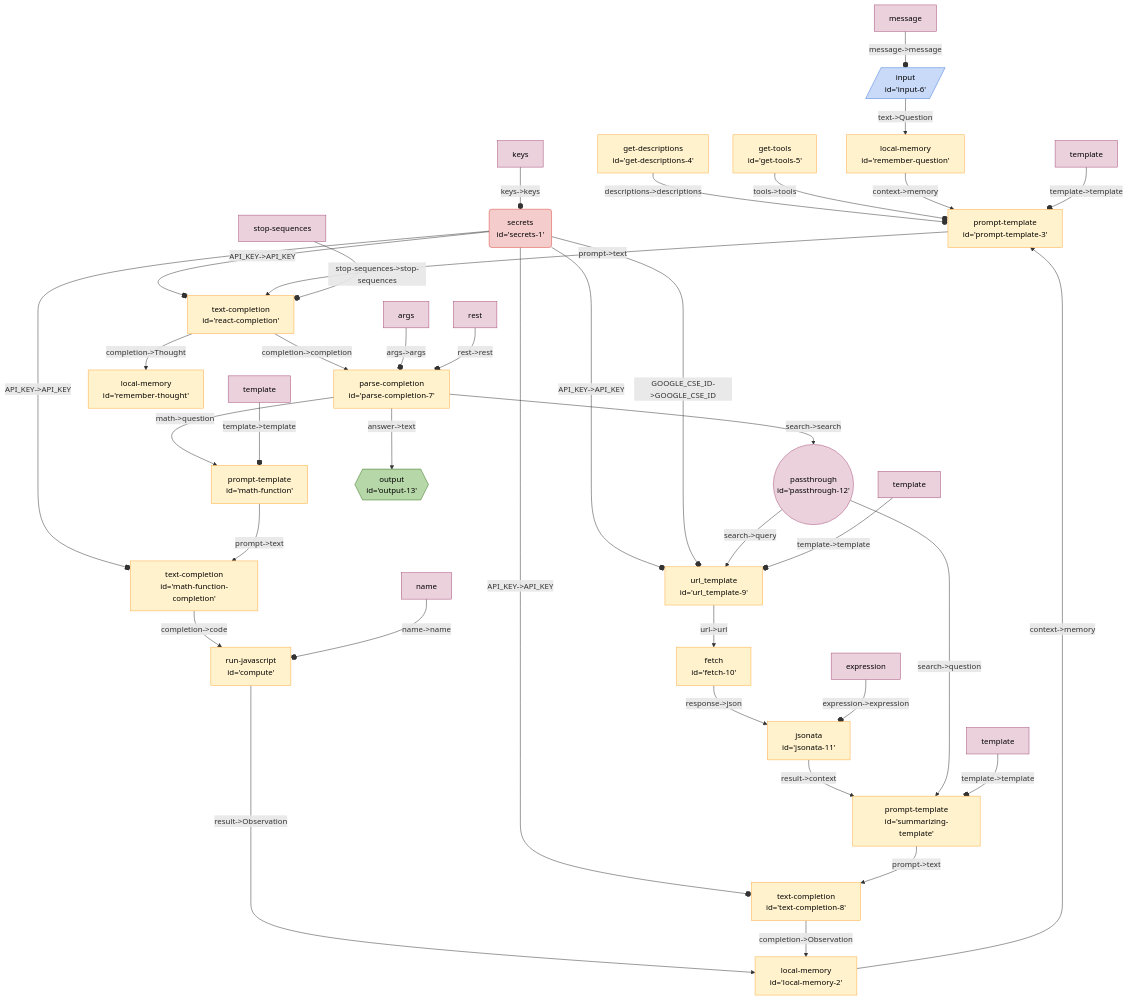
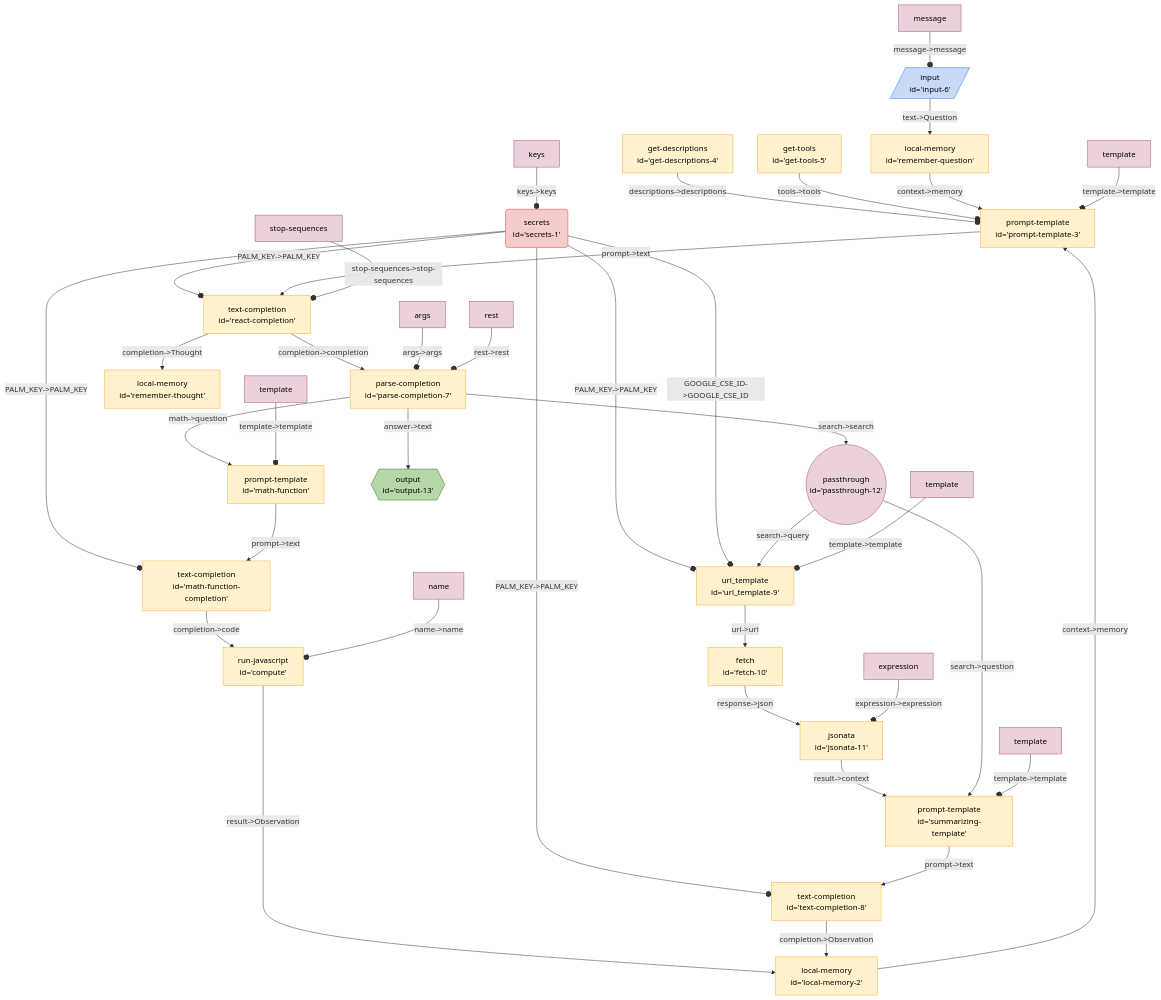
One commit to breadboard-ai/breadboard changed the diagram in seeds/graph-playground/docs/graphs/react.md. Above: the diagram before and after it, drawn with Mermaid. The commit also changed 72 other files, not shown here.

Commit message:
Rename API_KEY to PALM_KEY. Fixes #72.

```diff
--- a/seeds/graph-playground/docs/graphs/react.md
+++ b/seeds/graph-playground/docs/graphs/react.md
@@ -15,7 +15,7 @@
 id='local-memory-2'"] -- "context->memory" --> prompttemplate3["prompt-template
 id='prompt-template-3'"]
 secrets1("secrets
-id='secrets-1'"):::secrets -- "API_KEY->API_KEY" --o reactcompletion["text-completion
+id='secrets-1'"):::secrets -- "PALM_KEY->PALM_KEY" --o reactcompletion["text-completion
 id='react-completion'"]
 compute["run-javascript
 id='compute'"] -- "result->Observation" --> localmemory2["local-memory
@@ -24,7 +24,7 @@
 id='math-function-completion'"] -- "completion->code" --> compute["run-javascript
 id='compute'"]
 secrets1("secrets
-id='secrets-1'"):::secrets -- "API_KEY->API_KEY" --o mathfunctioncompletion["text-completion
+id='secrets-1'"):::secrets -- "PALM_KEY->PALM_KEY" --o mathfunctioncompletion["text-completion
 id='math-function-completion'"]
 mathfunction["prompt-template
 id='math-function'"] -- "prompt->text" --> mathfunctioncompletion["text-completion
@@ -33,13 +33,13 @@
 id='text-completion-8'"] -- "completion->Observation" --> localmemory2["local-memory
 id='local-memory-2'"]
 secrets1("secrets
-id='secrets-1'"):::secrets -- "API_KEY->API_KEY" --o textcompletion8["text-completion
+id='secrets-1'"):::secrets -- "PALM_KEY->PALM_KEY" --o textcompletion8["text-completion
 id='text-completion-8'"]
 summarizingtemplate["prompt-template
 id='summarizing-template'"] -- "prompt->text" --> textcompletion8["text-completion
 id='text-completion-8'"]
 secrets1("secrets
-id='secrets-1'"):::secrets -- "API_KEY->API_KEY" --o url_template9["url_template
+id='secrets-1'"):::secrets -- "PALM_KEY->PALM_KEY" --o url_template9["url_template
 id='url_template-9'"]
 secrets1("secrets
 id='secrets-1'"):::secrets -- "GOOGLE_CSE_ID->GOOGLE_CSE_ID" --o url_template9["url_template
```
